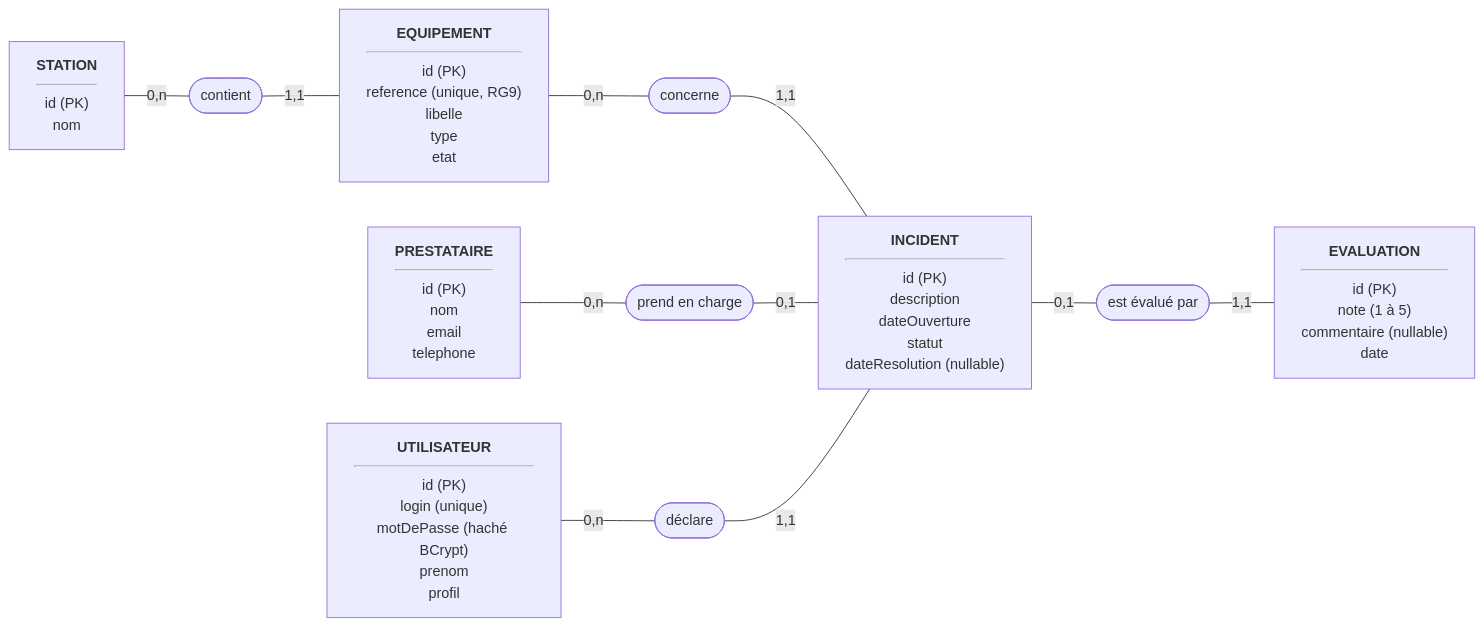
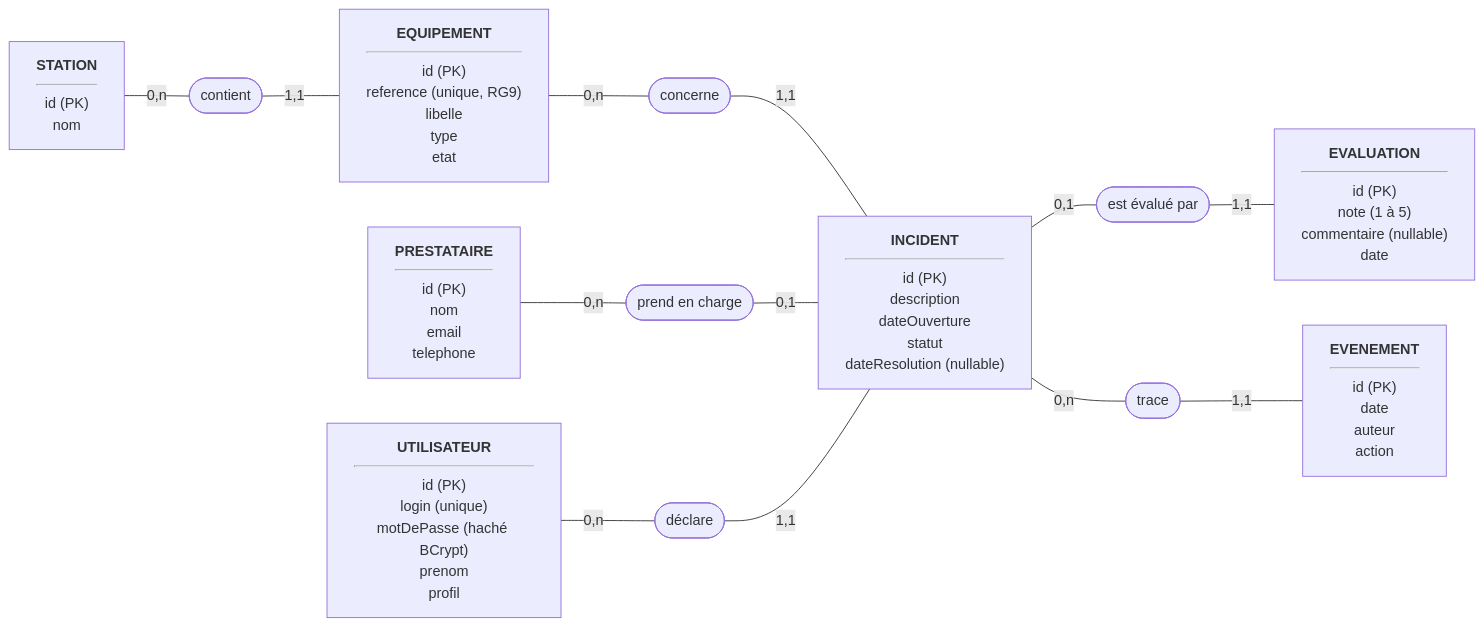
Before and after one commit to ctpnheee/altn72-supervision: the third of 8 diagrams in docs/ARCHITECTURE.md, drawn with Mermaid. The commit also changed other lines of this file and 3 other files, not shown here.

Commit message:
F1: aligner l'architecture sur le journal métier et les services livrés

````diff
--- a/docs/ARCHITECTURE.md
+++ b/docs/ARCHITECTURE.md
@@ -206,21 +210,24 @@
 ```mermaid
 flowchart LR
     STATION["<b>STATION</b><hr/>id (PK)<br/>nom"]
     EQUIPEMENT["<b>EQUIPEMENT</b><hr/>id (PK)<br/>reference (unique, RG9)<br/>libelle<br/>type<br/>etat"]
     INCIDENT["<b>INCIDENT</b><hr/>id (PK)<br/>description<br/>dateOuverture<br/>statut<br/>dateResolution (nullable)"]
+    EVENEMENT["<b>EVENEMENT</b><hr/>id (PK)<br/>date<br/>auteur<br/>action"]
     PRESTATAIRE["<b>PRESTATAIRE</b><hr/>id (PK)<br/>nom<br/>email<br/>telephone"]
     EVALUATION["<b>EVALUATION</b><hr/>id (PK)<br/>note (1 à 5)<br/>commentaire (nullable)<br/>date"]
     UTILISATEUR["<b>UTILISATEUR</b><hr/>id (PK)<br/>login (unique)<br/>motDePasse (haché BCrypt)<br/>prenom<br/>profil"]
 
     CONTENIR([contient])
     CONCERNER([concerne])
     PRENDRE([prend en charge])
     EVALUER([est évalué par])
     DECLARER([déclare])
+    TRACER([trace])
 
     STATION ---|"0,n"| CONTENIR ---|"1,1"| EQUIPEMENT
     EQUIPEMENT ---|"0,n"| CONCERNER ---|"1,1"| INCIDENT
     PRESTATAIRE ---|"0,n"| PRENDRE ---|"0,1"| INCIDENT
     INCIDENT ---|"0,1"| EVALUER ---|"1,1"| EVALUATION
     UTILISATEUR ---|"0,n"| DECLARER ---|"1,1"| INCIDENT
+    INCIDENT ---|"0,n"| TRACER ---|"1,1"| EVENEMENT
 ```
````
